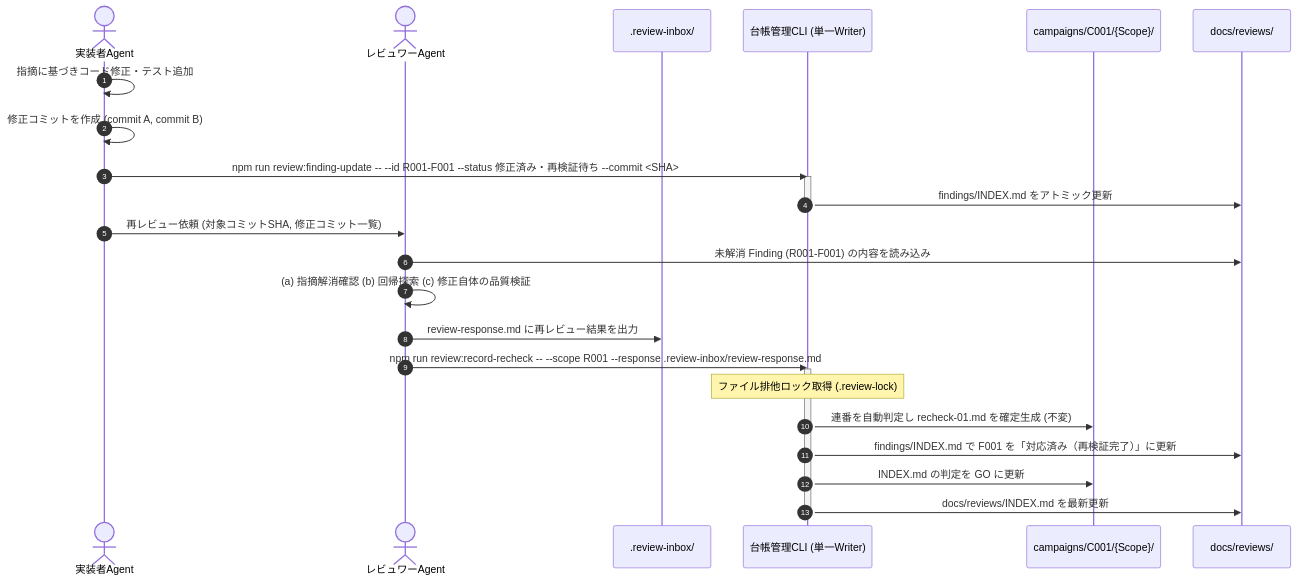
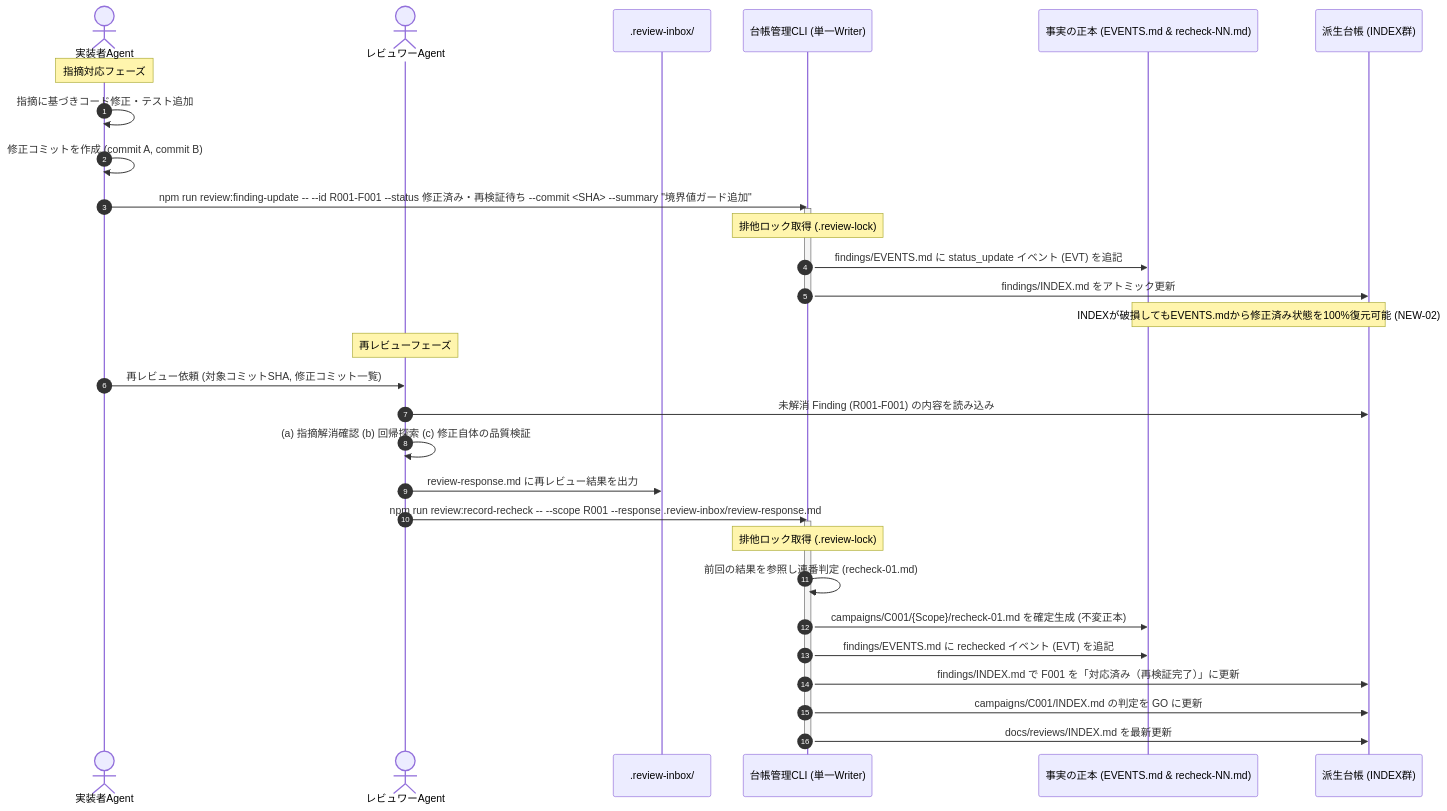
The fourth of 6 diagrams in docs/reviews/CONTINUOUS_REVIEW_DESIGN.md (okinawa-systembit/herdr-orchestration), drawn with Mermaid before and after one commit. The commit also changed other lines of this file, not shown here.

First line of the commit message:
docs(review): Phase 1 設計第3回レビュー指摘の反映 (NEW-01〜NEW-03)

````diff
--- a/docs/reviews/CONTINUOUS_REVIEW_DESIGN.md
+++ b/docs/reviews/CONTINUOUS_REVIEW_DESIGN.md
@@ -558,29 +682,37 @@
 ```mermaid
 sequenceDiagram
     autonumber
     actor Implementer as 実装者Agent
     actor Reviewer as レビュワーAgent
     participant Inbox as .review-inbox/
     participant CLI as 台帳管理CLI (単一Writer)
-    participant CampaignDir as campaigns/C001/{Scope}/
-    participant Ledger as docs/reviews/
+    participant SSoT as 事実の正本 (EVENTS.md & recheck-NN.md)
+    participant Views as 派生台帳 (INDEX群)
 
+    Note over Implementer: 指摘対応フェーズ
     Implementer->>Implementer: 指摘に基づきコード修正・テスト追加
     Implementer->>Implementer: 修正コミットを作成 (commit A, commit B)
-    Implementer->>CLI: npm run review:finding-update -- --id R001-F001 --status 修正済み・再検証待ち --commit <SHA>
+    Implementer->>CLI: npm run review:finding-update -- --id R001-F001 --status 修正済み・再検証待ち --commit <SHA> --summary "境界値ガード追加"
     activate CLI
-    CLI->>Ledger: findings/INDEX.md をアトミック更新
+    Note over CLI: 排他ロック取得 (.review-lock)
+    CLI->>SSoT: findings/EVENTS.md に status_update イベント (EVT) を追記
+    CLI->>Views: findings/INDEX.md をアトミック更新
     deactivate CLI
+    Note over SSoT,Views: INDEXが破損してもEVENTS.mdから修正済み状態を100%復元可能 (NEW-02)
+
+    Note over Reviewer: 再レビューフェーズ
     Implementer->>Reviewer: 再レビュー依頼 (対象コミットSHA, 修正コミット一覧)
-    Reviewer->>Ledger: 未解消 Finding (R001-F001) の内容を読み込み
+    Reviewer->>Views: 未解消 Finding (R001-F001) の内容を読み込み
     Reviewer->>Reviewer: (a) 指摘解消確認 (b) 回帰探索 (c) 修正自体の品質検証
     Reviewer->>Inbox: review-response.md に再レビュー結果を出力
     Reviewer->>CLI: npm run review:record-recheck -- --scope R001 --response .review-inbox/review-response.md
     activate CLI
-    Note over CLI: ファイル排他ロック取得 (.review-lock)
-    CLI->>CampaignDir: 連番を自動判定し recheck-01.md を確定生成 (不変)
-    CLI->>Ledger: findings/INDEX.md で F001 を「対応済み（再検証完了）」に更新
-    CLI->>CampaignDir: INDEX.md の判定を GO に更新
-    CLI->>Ledger: docs/reviews/INDEX.md を最新更新
+    Note over CLI: 排他ロック取得 (.review-lock)
+    CLI->>CLI: 前回の結果を参照し連番判定 (recheck-01.md)
+    CLI->>SSoT: campaigns/C001/{Scope}/recheck-01.md を確定生成 (不変正本)
+    CLI->>SSoT: findings/EVENTS.md に rechecked イベント (EVT) を追記
+    CLI->>Views: findings/INDEX.md で F001 を「対応済み（再検証完了）」に更新
+    CLI->>Views: campaigns/C001/INDEX.md の判定を GO に更新
+    CLI->>Views: docs/reviews/INDEX.md を最新更新
     deactivate CLI
 ```
````
